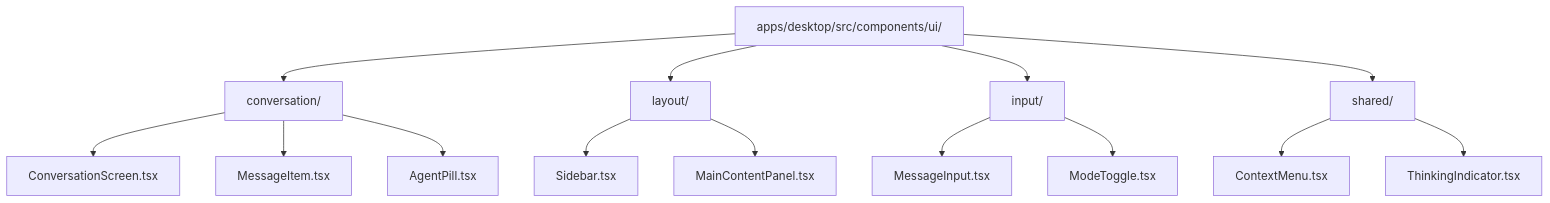
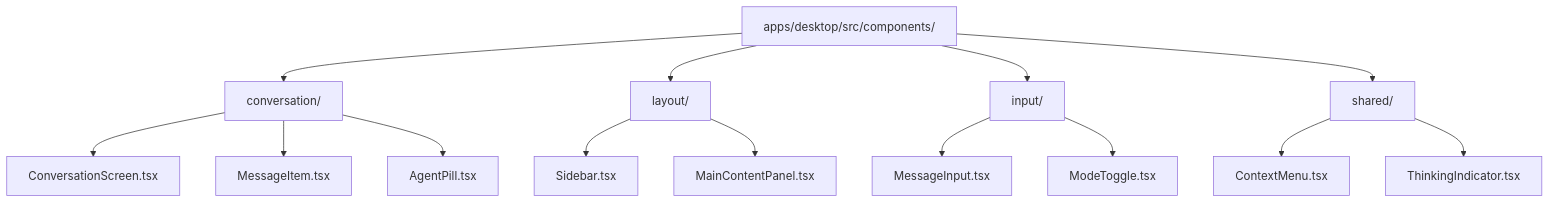
The fifth of 5 diagrams in planning/projects/P-conversation-ui-component/epics/E-core-component-extraction/epic.md (langadventurellc/fishbowl), drawn with Mermaid before and after one commit. The commit also changed other lines of this file and 46 other files, not shown here.

````diff
--- a/planning/projects/P-conversation-ui-component/epics/E-core-component-extraction/epic.md
+++ b/planning/projects/P-conversation-ui-component/epics/E-core-component-extraction/epic.md
@@ -189,20 +189,20 @@
 ```mermaid
 graph TD
-    A[apps/desktop/src/components/ui/] --> B[conversation/]
+    A[apps/desktop/src/components/] --> B[conversation/]
     A --> C[layout/]
     A --> D[input/]
     A --> E[shared/]
 
     B --> F[ConversationScreen.tsx]
     B --> G[MessageItem.tsx]
     B --> H[AgentPill.tsx]
 
     C --> I[Sidebar.tsx]
     C --> J[MainContentPanel.tsx]
 
     D --> K[MessageInput.tsx]
     D --> L[ModeToggle.tsx]
 
     E --> M[ContextMenu.tsx]
     E --> N[ThinkingIndicator.tsx]
 ```
````
